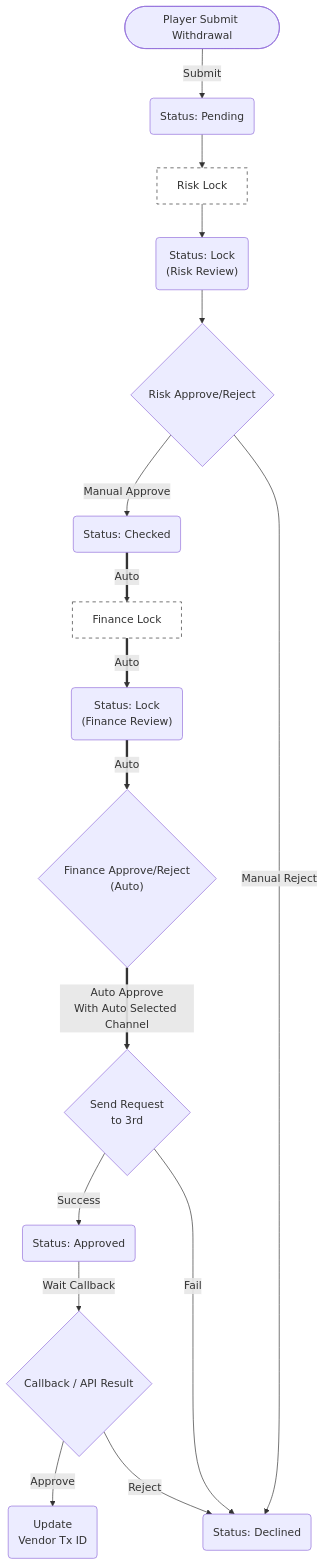
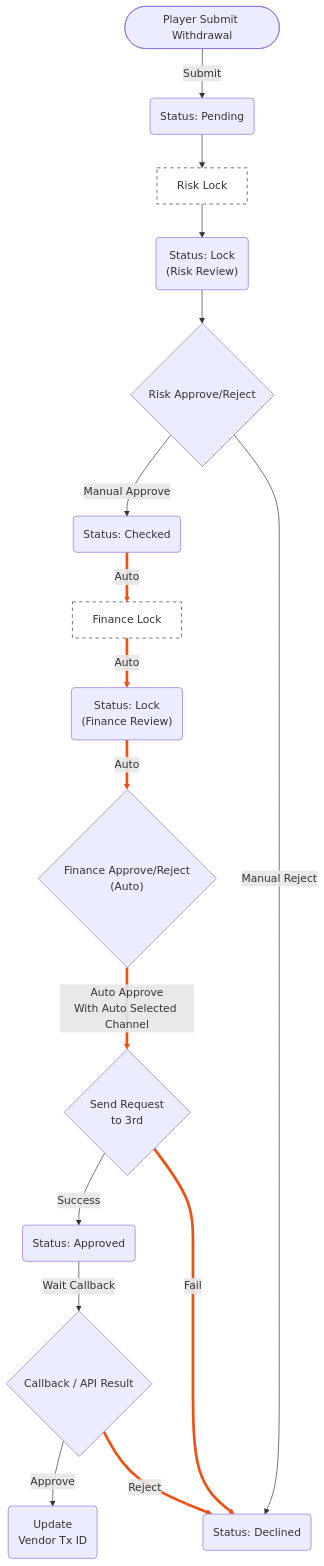
The second of 2 diagrams in no99_archive/sitflowchart.md (almightyken0425/SuSuGiGiSpec), drawn with Mermaid before and after one commit.

````diff
--- a/no99_archive/sitflowchart.md
+++ b/no99_archive/sitflowchart.md
@@ -91,51 +91,53 @@
 ```mermaid
 graph TD
     %% 節點定義
     StartAuto(["Player Submit Withdrawal"])
     PendingAuto("Status: Pending")
     
     RiskLockActionBoxAuto["Risk Lock"]
     RiskLockAuto("Status: Lock<br/>(Risk Review)")
     
     RiskActionAuto{"Risk Approve/Reject"}
     ApproveAuto("Status: Checked")
     
     FinanceLockActionBoxAuto["Finance Lock"]
     FinanceLockAuto("Status: Lock<br/>(Finance Review)")
     
     FinanceActionAuto{"Finance Approve/Reject<br/>(Auto)"}
     RequestActionAuto{"Send Request<br/>to 3rd"}
     FinanceApprovedAuto("Status: Approved")
 
     DeclineAuto("Status: Declined")
     SuccessAuto("Update<br>Vendor Tx ID")
     CallbackAuto{"Callback / API Result"}
 
     StartAuto -->|"Submit"| PendingAuto
     
     PendingAuto --> RiskLockActionBoxAuto
     RiskLockActionBoxAuto --> RiskLockAuto
     
     RiskLockAuto --> RiskActionAuto
     
     RiskActionAuto -->|"Manual Approve"| ApproveAuto
     
     ApproveAuto ==>|"Auto"| FinanceLockActionBoxAuto
     FinanceLockActionBoxAuto ==>|"Auto"| FinanceLockAuto
     FinanceLockAuto ==>|"Auto"| FinanceActionAuto
     FinanceActionAuto ==>|"Auto Approve<br/>With Auto Selected Channel"| RequestActionAuto
     
     RequestActionAuto -->|"Success"| FinanceApprovedAuto
-    RequestActionAuto -->|"Fail"| DeclineAuto
+    RequestActionAuto ==>|"Fail"| DeclineAuto
     
     FinanceApprovedAuto -->|"Wait Callback"| CallbackAuto
 
     CallbackAuto -->|"Approve"| SuccessAuto
     
-    CallbackAuto -->|"Reject"| DeclineAuto
+    CallbackAuto ==>|"Reject"| DeclineAuto
 
     RiskActionAuto -->|"Manual Reject"| DeclineAuto
+
+    linkStyle 5,6,7,8,10,13 stroke:#F24F13,stroke-width:4px;
 
     style RiskLockActionBoxAuto fill:#fff,stroke:#333,stroke-dasharray: 5 5
     style FinanceLockActionBoxAuto fill:#fff,stroke:#333,stroke-dasharray: 5 5
 ```
````
